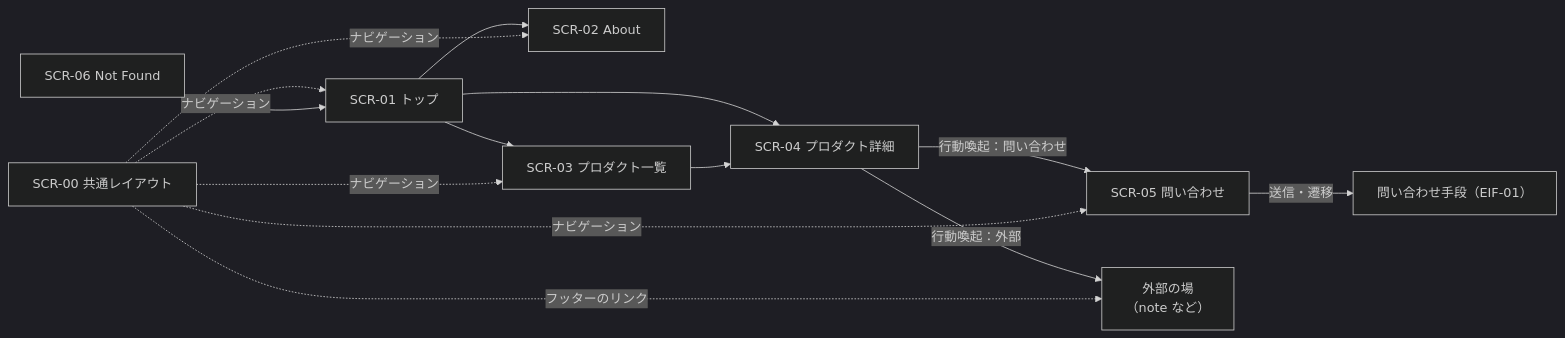
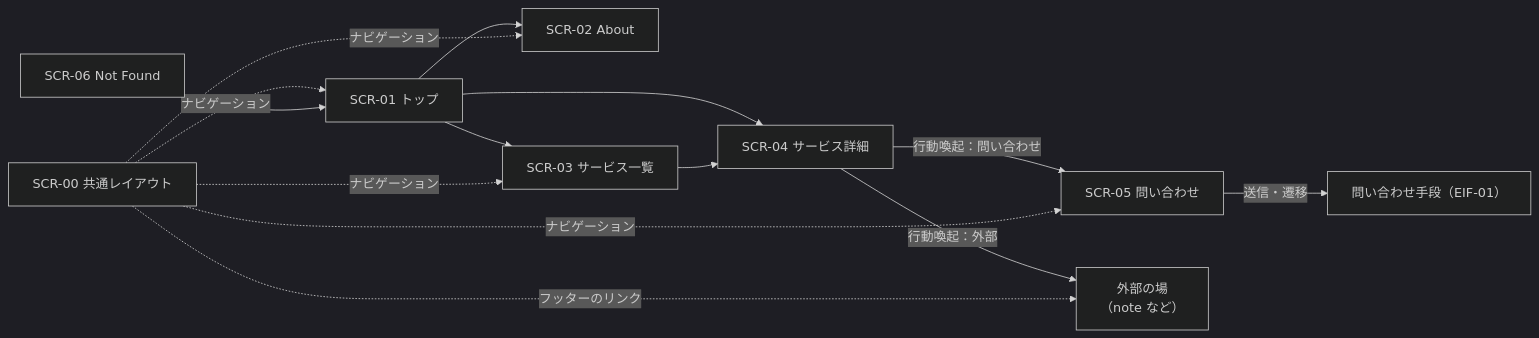
The diagram in docs/02_basic_external.md (fukugyononuko/fukugyononuko.github.io), drawn with Mermaid (dark theme) before and after one commit. The commit also changed other lines of this file and 6 other files, not shown here.

````diff
--- a/docs/02_basic_external.md
+++ b/docs/02_basic_external.md
@@ -22,13 +22,13 @@
 ```mermaid
 flowchart LR
   S01["SCR-01 トップ"] --> S02["SCR-02 About"]
-  S01 --> S03["SCR-03 プロダクト一覧"]
-  S01 --> S04["SCR-04 プロダクト詳細"]
+  S01 --> S03["SCR-03 サービス一覧"]
+  S01 --> S04["SCR-04 サービス詳細"]
   S03 --> S04
   S04 -->|"行動喚起：問い合わせ"| S05["SCR-05 問い合わせ"]
   S04 -->|"行動喚起：外部"| EXT["外部の場<br/>（note など）"]
   S00["SCR-00 共通レイアウト"] -.->|ナビゲーション| S01 & S02 & S03 & S05
   S00 -.->|フッターのリンク| EXT
   S05 -->|送信・遷移| INQ["問い合わせ手段（EIF-01）"]
   S06["SCR-06 Not Found"] --> S01
 ```
````
